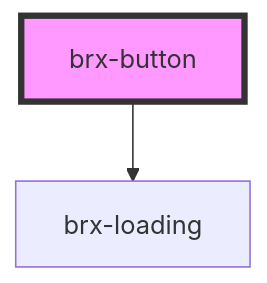
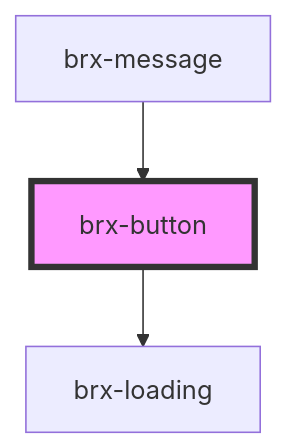
The diagram in packages/core/src/components/brx-button/readme.md (copperui/copperui), drawn with Mermaid before and after one commit. The commit also changed other lines of this file and 11 other files, not shown here.

First line of the commit message:
feat(core): components: brx-message (#35)

````diff
--- a/packages/core/src/components/brx-button/readme.md
+++ b/packages/core/src/components/brx-button/readme.md
@@ -47,5 +51,6 @@
 ```mermaid
 graph TD;
   brx-button --> brx-loading
+  brx-message --> brx-button
   style brx-button fill:#f9f,stroke:#333,stroke-width:4px
 ```
````
